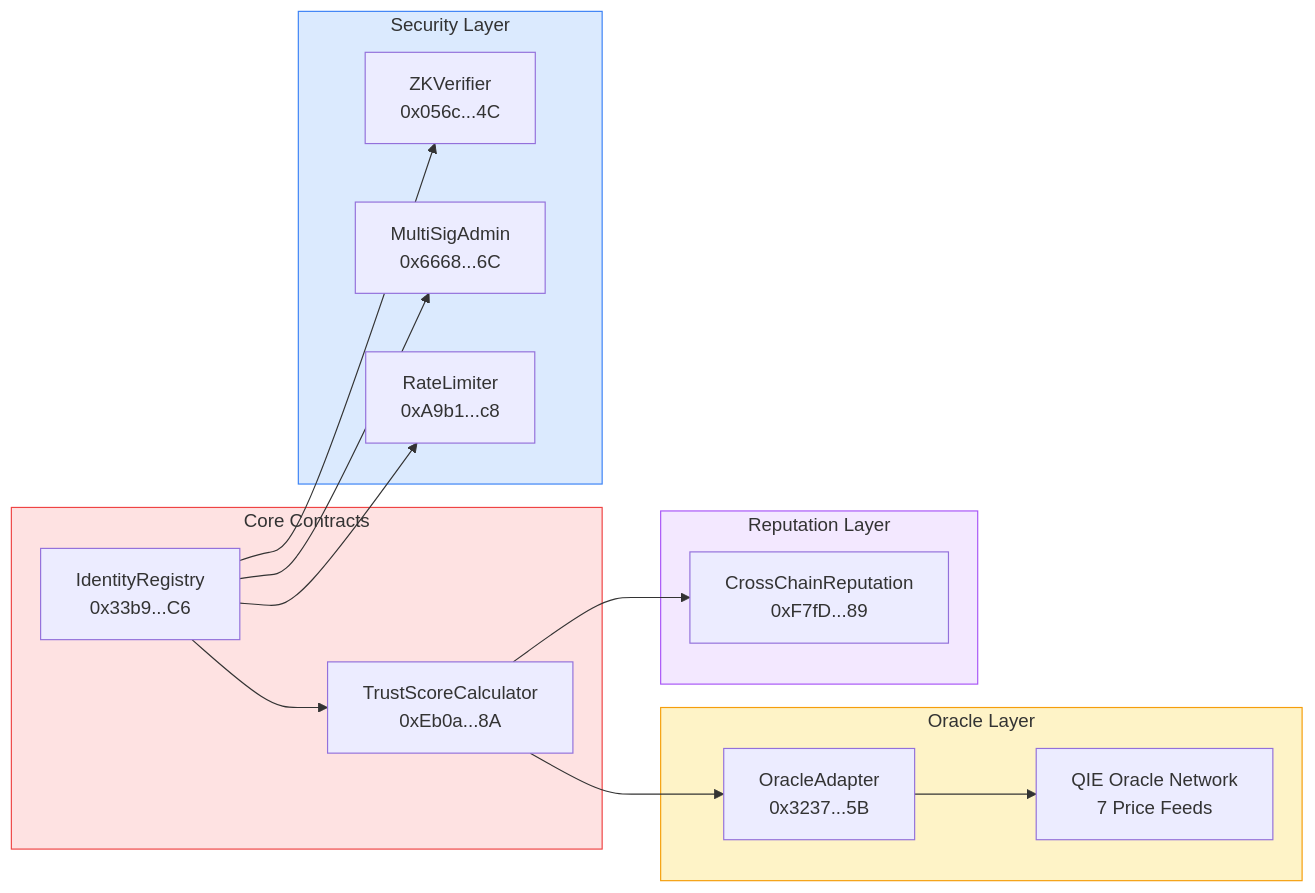
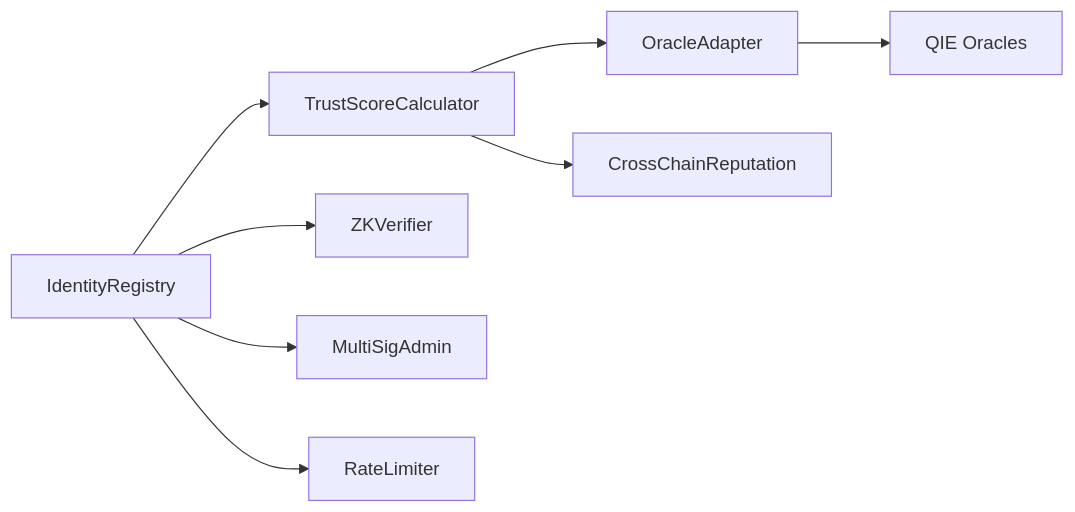
The second of 10 diagrams in Archiecture.md (yashodipmore/VeriChain-Identity-Protocol), drawn with Mermaid before and after one commit. The commit also changed other lines of this file, not shown here.

````diff
--- a/Archiecture.md
+++ b/Archiecture.md
@@ -54,35 +41,11 @@
 ```mermaid
 flowchart LR
-    subgraph CORE["Core Contracts"]
-        IR[IdentityRegistry<br/>0x33b9...C6]
-        TSC[TrustScoreCalculator<br/>0xEb0a...8A]
-    end
-
-    subgraph ORACLE["Oracle Layer"]
-        OA[OracleAdapter<br/>0x3237...5B]
-        QO[QIE Oracle Network<br/>7 Price Feeds]
-    end
-
-    subgraph SECURITY["Security Layer"]
-        ZKV[ZKVerifier<br/>0x056c...4C]
-        MSA[MultiSigAdmin<br/>0x6668...6C]
-        RL[RateLimiter<br/>0xA9b1...c8]
-    end
-
-    subgraph REPUTATION["Reputation Layer"]
-        CCR[CrossChainReputation<br/>0xF7fD...89]
-    end
-
-    IR --> TSC
-    TSC --> OA
-    OA --> QO
-    IR --> ZKV
-    IR --> MSA
-    IR --> RL
-    TSC --> CCR
-
-    style CORE fill:#fee2e2,stroke:#ef4444
-    style ORACLE fill:#fef3c7,stroke:#f59e0b
-    style SECURITY fill:#dbeafe,stroke:#3b82f6
-    style REPUTATION fill:#f3e8ff,stroke:#a855f7
+    IR[IdentityRegistry] --> TSC[TrustScoreCalculator]
+    TSC --> OA[OracleAdapter]
+    OA --> QIE[QIE Oracles]
+    
+    IR --> ZKV[ZKVerifier]
+    IR --> MSA[MultiSigAdmin]
+    IR --> RL[RateLimiter]
+    TSC --> CCR[CrossChainReputation]
 ```
````
